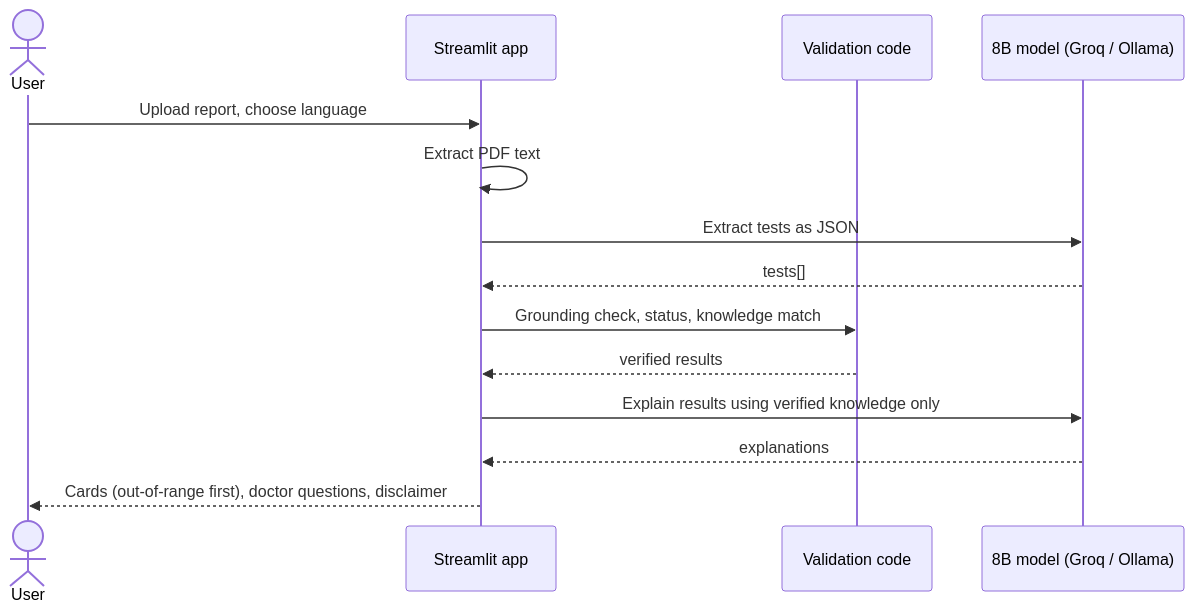
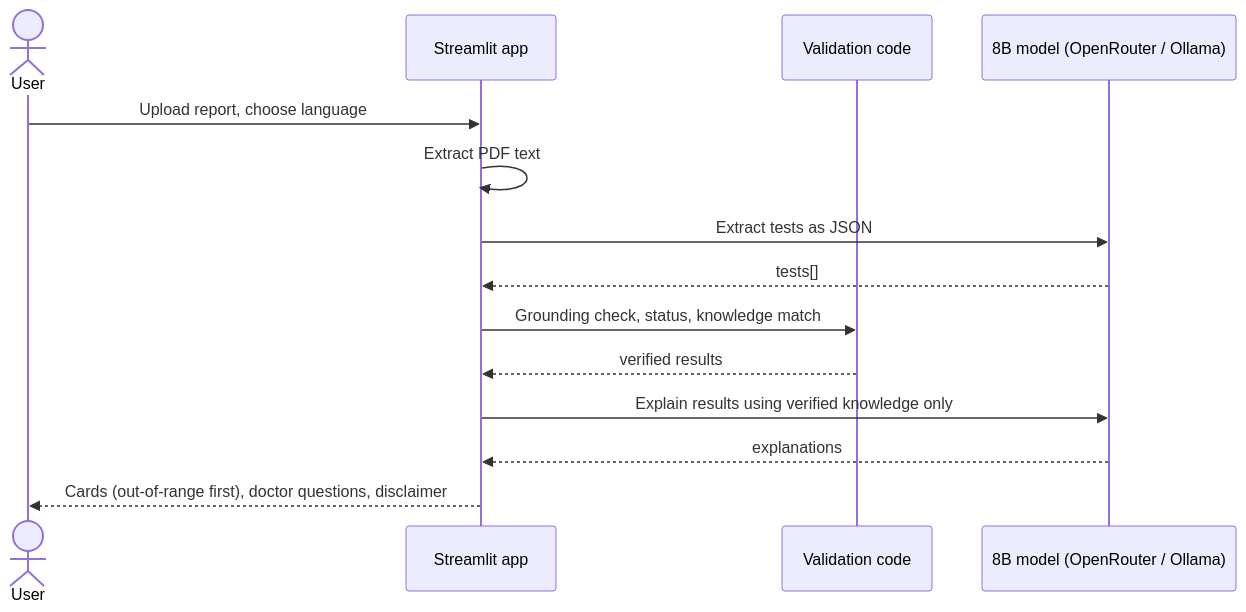
Before and after one commit to AR18now/reportsamjho: the third of 3 diagrams in README.md, drawn with Mermaid. The commit also changed other lines of this file and 3 other files, not shown here.

First line of the commit message:
Switch default model to OpenRouter's free LFM2.5-2.6B

````diff
--- a/README.md
+++ b/README.md
@@ -88,16 +88,16 @@
 ```mermaid
 sequenceDiagram
     actor User
     participant App as Streamlit app
     participant Code as Validation code
-    participant LLM as 8B model (Groq / Ollama)
+    participant LLM as 8B model (OpenRouter / Ollama)
     User->>App: Upload report, choose language
     App->>App: Extract PDF text
     App->>LLM: Extract tests as JSON
     LLM-->>App: tests[]
     App->>Code: Grounding check, status, knowledge match
     Code-->>App: verified results
     App->>LLM: Explain results using verified knowledge only
     LLM-->>App: explanations
     App-->>User: Cards (out-of-range first), doctor questions, disclaimer
 ```
````
